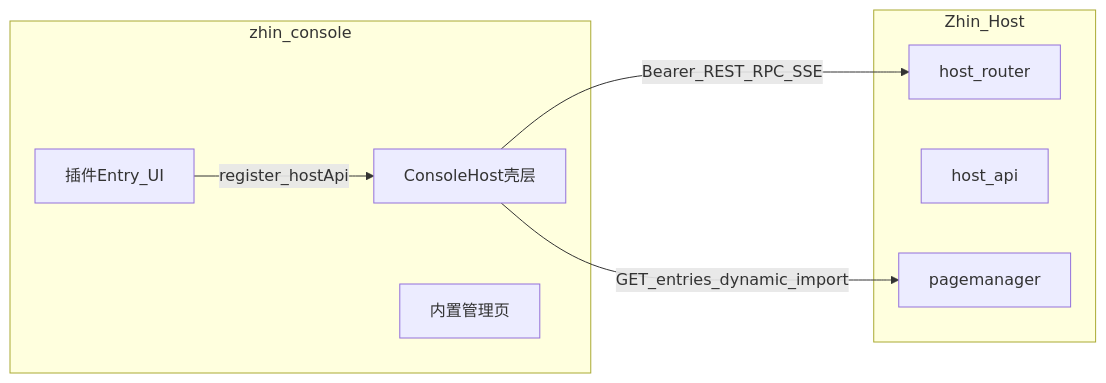
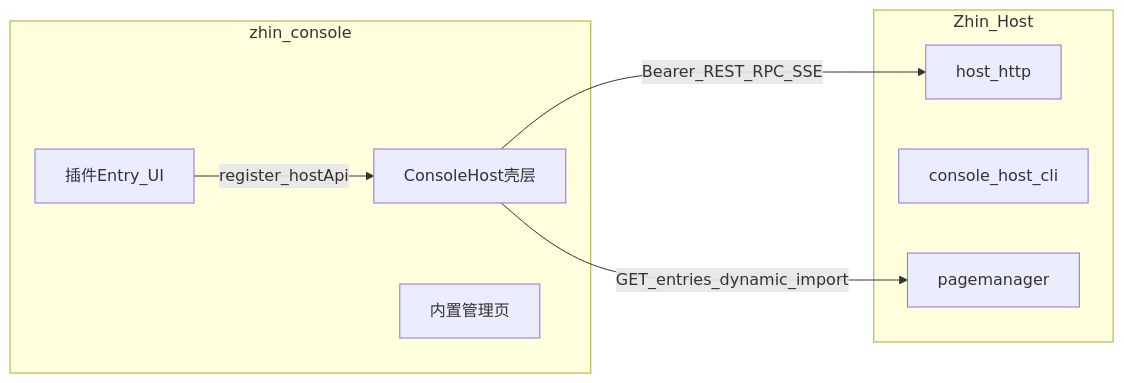
One commit to zhinjs/zhin changed the diagram in docs/console/requirements.md. Above: the diagram before and after it, drawn with Mermaid. The commit also changed other lines of this file and 155 other files, not shown here.

First line of the commit message:
feat(adapter-qq): 富媒体出站移植 + chore: 删除 legacy host-api/host-router

````diff
--- a/docs/console/requirements.md
+++ b/docs/console/requirements.md
@@ -30,16 +30,16 @@
 ```mermaid
 flowchart LR
   subgraph console [zhin_console]
     Shell[ConsoleHost壳层]
     BuiltinPages[内置管理页]
     PluginUI[插件Entry_UI]
   end
   subgraph host [Zhin_Host]
-    Router[host_router]
-    HostApi[host_api]
+    Http[host_http]
+    ConsoleHost[console_host_cli]
     PageMgr[pagemanager]
   end
-  Shell -->|Bearer_REST_RPC_SSE| Router
+  Shell -->|Bearer_REST_RPC_SSE| Http
   Shell -->|GET_entries_dynamic_import| PageMgr
   PluginUI -->|register_hostApi| Shell
 ```
````
